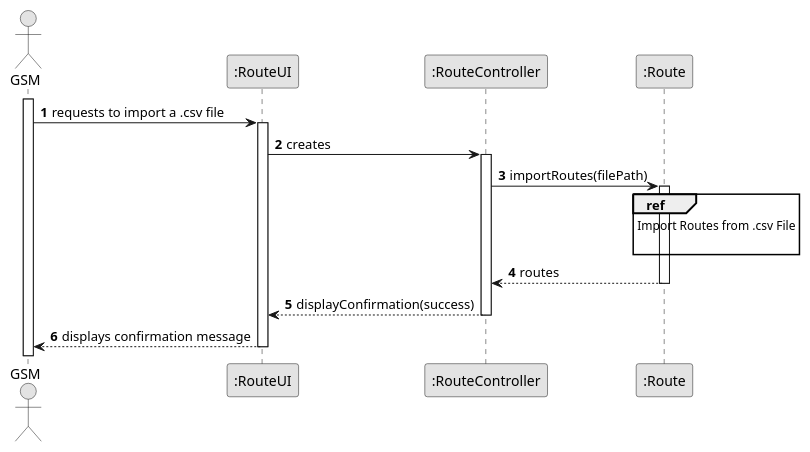
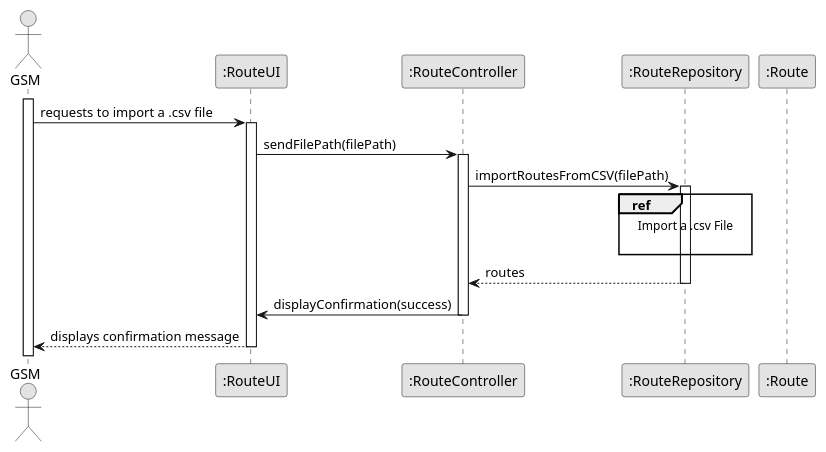
One commit to ricardomm7/leaflink changed the diagram in docs/sprintB/us012/03.design/puml/us012-sequence-diagram-split.puml. Above: the diagram before and after it, drawn with PlantUML. The commit also changed 8 other files, not shown here.

Commit message:
LFC2-90<Change the sequence diagram> LFC2-114<Start class diagram and small changes on sequence diagram>

```diff
--- a/docs/sprintB/us012/03.design/puml/us012-sequence-diagram-split.puml
+++ b/docs/sprintB/us012/03.design/puml/us012-sequence-diagram-split.puml
@@ -1,39 +1,37 @@
 @startuml
 skinparam monochrome true
 skinparam packageStyle rectangle
 skinparam shadowing false
 
-autonumber
-
-'hide footbox
 actor "GSM" as GSM
 participant ":RouteUI" as UI
 participant ":RouteController" as CTR
-participant ":Route" as Repository
+participant ":RouteRepository" as Repository
+participant ":Route" as Importer
 
 activate GSM
 
 GSM -> UI : requests to import a .csv file
 activate UI
 
-UI -> CTR : creates
+UI -> CTR : sendFilePath(filePath)
 activate CTR
 
-CTR -> Repository : importRoutes(filePath)
+CTR -> Repository : importRoutesFromCSV(filePath)
 activate Repository
 
+ref over Repository
+                                Import a .csv File
 
-    ref over Repository
-                        Import Routes from .csv File
+                            end ref
 
-                    end
 Repository --> CTR: routes
 deactivate Repository
 
-CTR --> UI : displayConfirmation(success)
+CTR -> UI : displayConfirmation(success)
 deactivate CTR
 
 UI --> GSM : displays confirmation message
 deactivate UI
 
 @enduml
```
